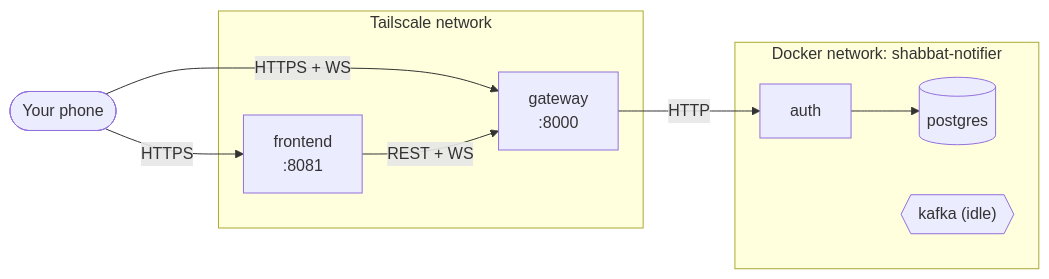
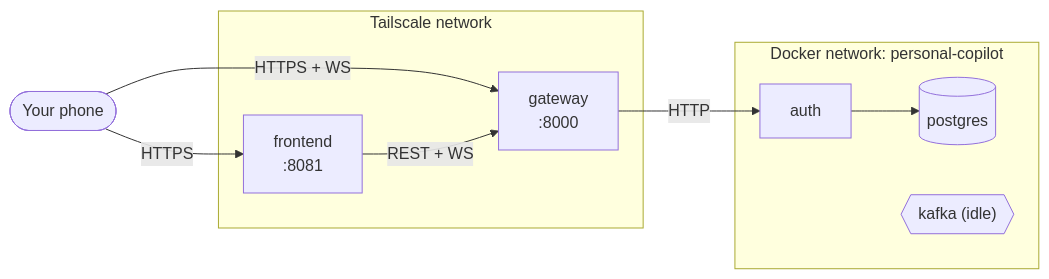
One commit to LidorElmakaies/personal-copilot changed the first of 2 diagrams in docs/specs/architecture.md. Above: the diagram before and after it, drawn with Mermaid. The commit also changed other lines of this file and 31 other files, not shown here.

First line of the commit message:
Rename shabbat-notifier to personal-copilot; trim comment sprawl

````diff
--- a/docs/specs/architecture.md
+++ b/docs/specs/architecture.md
@@ -8,22 +9,22 @@
 ```mermaid
 flowchart LR
     Phone(["Your phone"])
 
     subgraph Tailnet["Tailscale network"]
         Gateway["gateway\n:8000"]
         Frontend["frontend\n:8081"]
     end
 
-    subgraph Docker["Docker network: shabbat-notifier"]
+    subgraph Docker["Docker network: personal-copilot"]
         Auth["auth"]
         Postgres[("postgres")]
         Kafka{{"kafka (idle)"}}
     end
 
     Phone -->|HTTPS + WS| Gateway
     Phone -->|HTTPS| Frontend
     Frontend -->|REST + WS| Gateway
 
     Gateway -->|HTTP| Auth
     Auth --> Postgres
 ```
````
